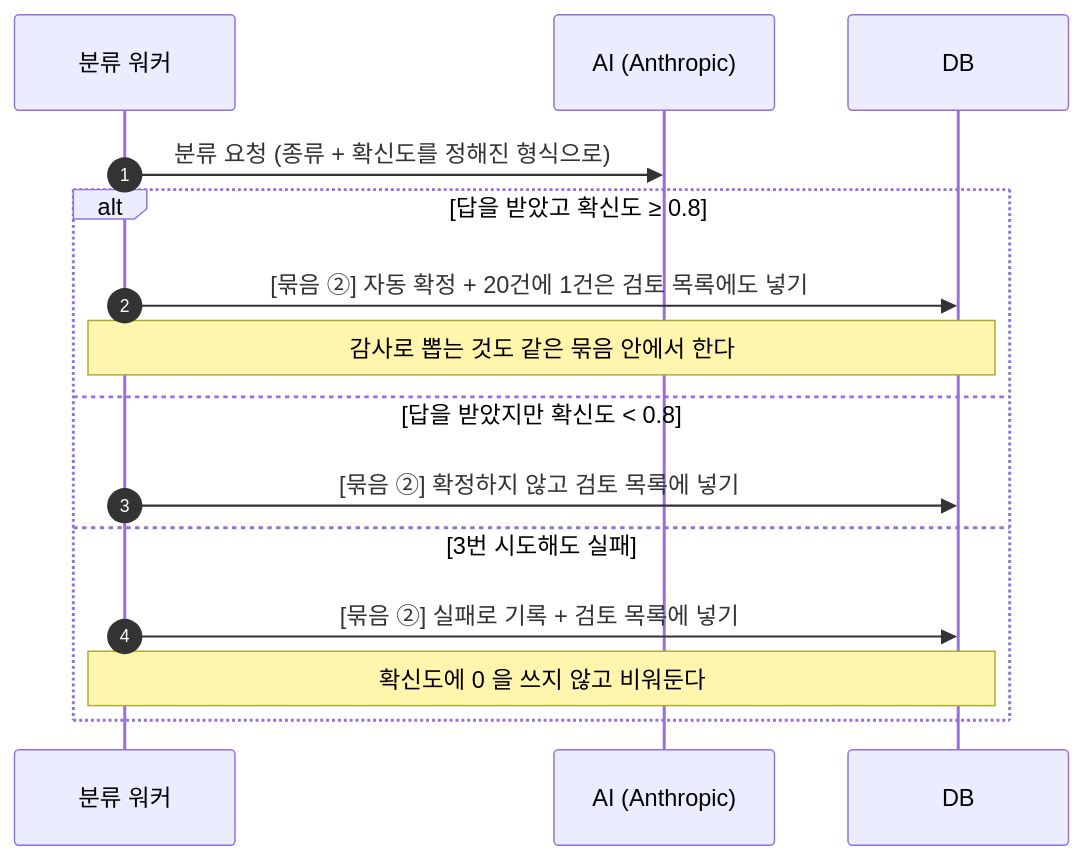
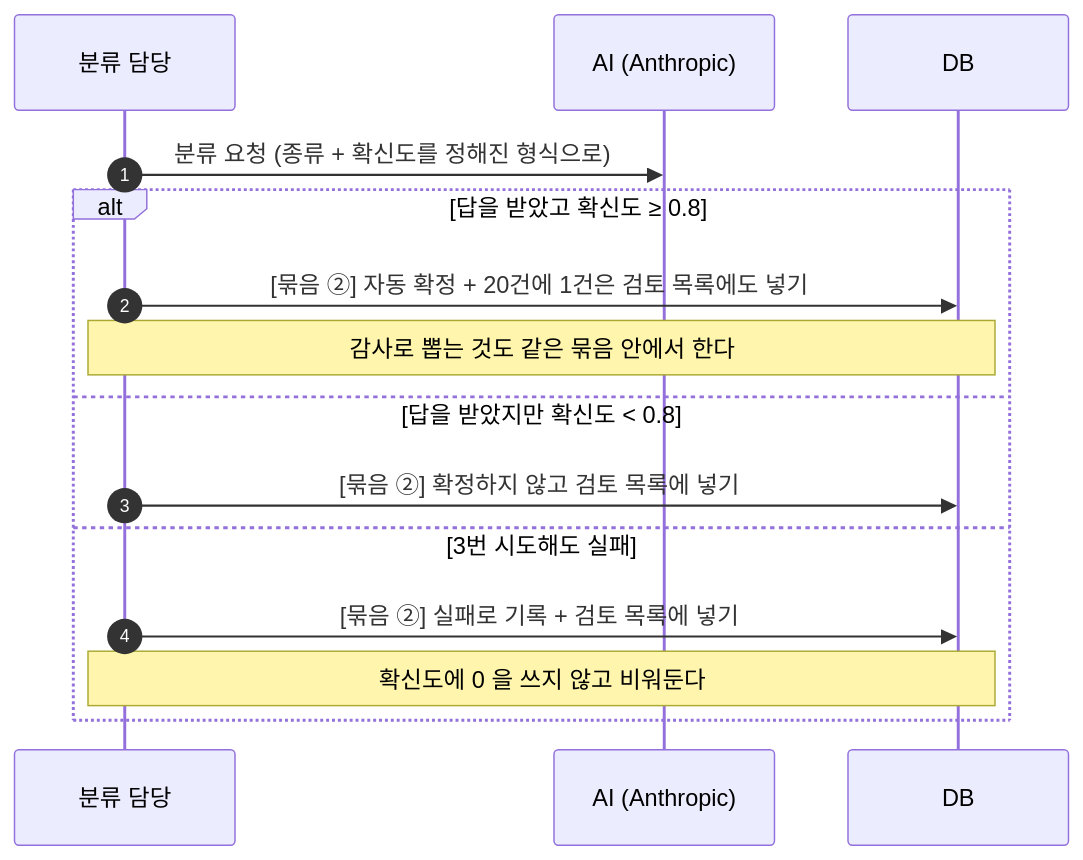
One commit to GaeChwiRpg/dingco-1-team-01 changed the second of 3 diagrams in PRD.md. Above: the diagram before and after it, drawn with Mermaid. The commit also changed other lines of this file and 1 other file, not shown here.

````diff
--- a/PRD.md
+++ b/PRD.md
@@ -271,19 +459,19 @@
 ```mermaid
 sequenceDiagram
     autonumber
-    participant W as 분류 워커
+    participant W as 분류 담당
     participant AI as AI (Anthropic)
     participant DB
 
     W->>AI: 분류 요청 (종류 + 확신도를 정해진 형식으로)
 
     alt 답을 받았고 확신도 ≥ 0.8
         W->>DB: [묶음 ②] 자동 확정 + 20건에 1건은 검토 목록에도 넣기
         Note over W,DB: 감사로 뽑는 것도 같은 묶음 안에서 한다
     else 답을 받았지만 확신도 < 0.8
         W->>DB: [묶음 ②] 확정하지 않고 검토 목록에 넣기
     else 3번 시도해도 실패
         W->>DB: [묶음 ②] 실패로 기록 + 검토 목록에 넣기
         Note over W,DB: 확신도에 0 을 쓰지 않고 비워둔다
     end
 ```
````
